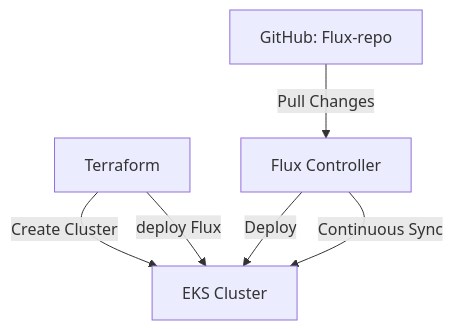
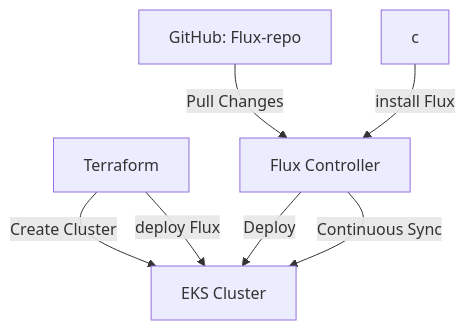
The diagram in README.md (gvamsi2010/EKS_CLUSTER), drawn with Mermaid before and after one commit.

Commit message:
flux graph

````diff
--- a/README.md
+++ b/README.md
@@ -9,8 +9,9 @@
 ```mermaid
 graph TD
     E[Terraform] -->|Create Cluster| C[EKS Cluster]
     A[GitHub: Flux-repo] -->|Pull Changes| B[Flux Controller]
     B -->|Deploy| C[EKS Cluster]
     E -->|deploy Flux| C
+    c --> |install Flux| B
     B -->|Continuous Sync| C
 ```
````
